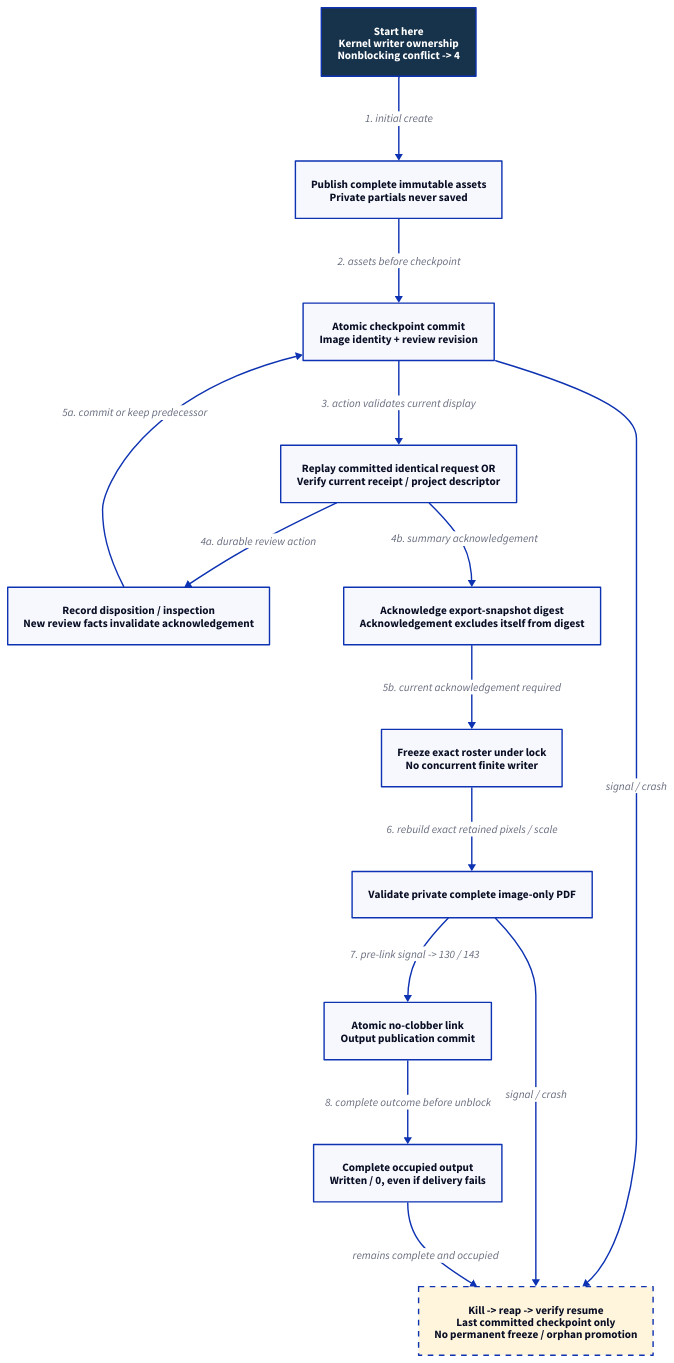
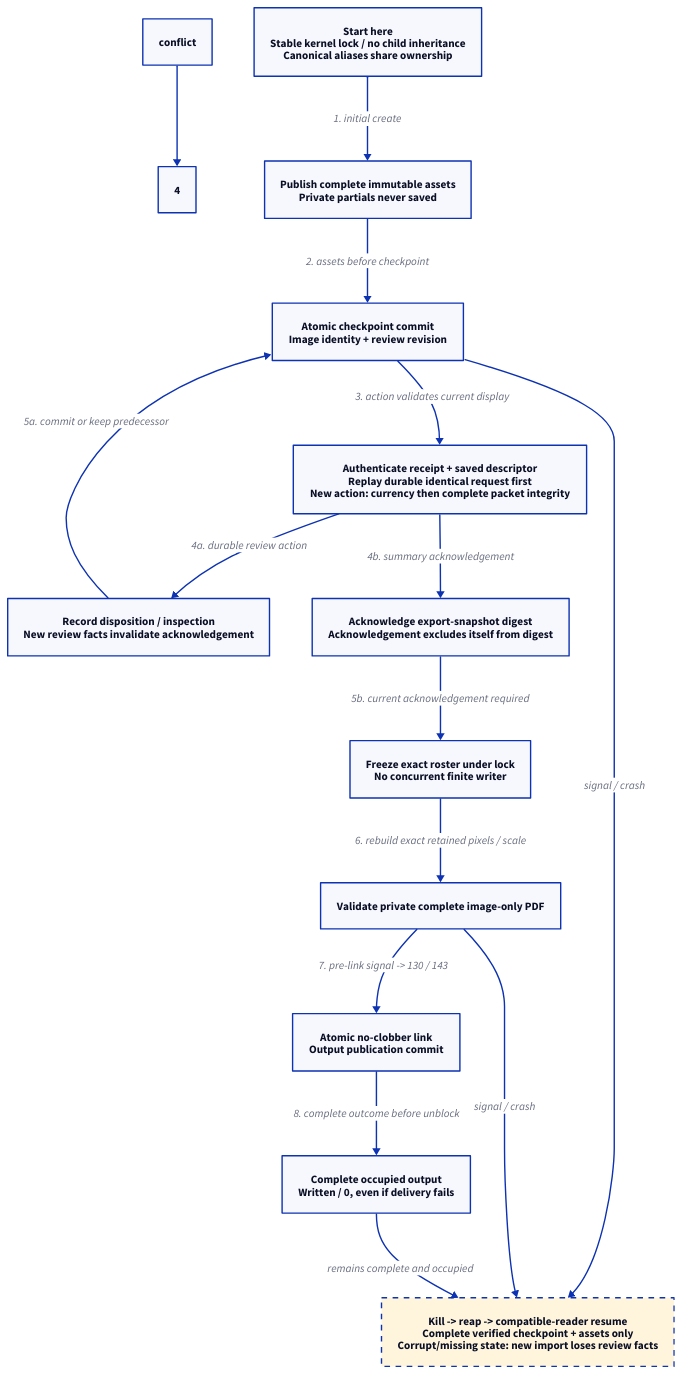
Before and after one commit to Linkuistics/BookScanBuilder: the diagram in docs/design/rotation-processor/baseline-checkpoints.d2, drawn with D2. The commit also changed 18 other files, not shown here.

```diff
--- a/docs/design/rotation-processor/baseline-checkpoints.d2
+++ b/docs/design/rotation-processor/baseline-checkpoints.d2
@@ -1,29 +1,29 @@
 direction: down
 classes: {
   start: {style: {fill: "#17334b"; font-color: white; bold: true}}
   error: {style: {fill: "#fff5dd"; stroke-dash: 4}}
 }
-lock: Start here\nKernel writer ownership\nNonblocking conflict -> 4 {class: start}
+lock: Start here\nStable kernel lock / no child inheritance\nCanonical aliases share ownership; conflict -> 4 {class: start}
 assets: Publish complete immutable assets\nPrivate partials never saved
 checkpoint: Atomic checkpoint commit\nImage identity + review revision
-receipt: Replay committed identical request OR\nVerify current receipt / project descriptor
+receipt: Authenticate receipt + saved descriptor\nReplay durable identical request first\nNew action: currency then complete packet integrity
 changed: Record disposition / inspection\nNew review facts invalidate acknowledgement
 ack: Acknowledge export-snapshot digest\nAcknowledgement excludes itself from digest
 freeze: Freeze exact roster under lock\nNo concurrent finite writer
 stage: Validate private complete image-only PDF
 publish_link: Atomic no-clobber link\nOutput publication commit
 published: Complete occupied output\nWritten / 0, even if delivery fails
-recovery: Kill -> reap -> verify resume\nLast committed checkpoint only\nNo permanent freeze / orphan promotion {class: error}
+recovery: Kill -> reap -> compatible-reader resume\nComplete verified checkpoint + assets only\nCorrupt/missing state: new import loses review facts {class: error}
 lock -> assets: "1. initial create"
 assets -> checkpoint: "2. assets before checkpoint"
 checkpoint -> receipt: "3. action validates current display"
 receipt -> changed: "4a. durable review action"
 changed -> checkpoint: "5a. commit or keep predecessor"
 receipt -> ack: "4b. summary acknowledgement"
 ack -> freeze: "5b. current acknowledgement required"
 freeze -> stage: "6. rebuild exact retained pixels / scale"
 stage -> publish_link: "7. pre-link signal -> 130 / 143"
 publish_link -> published: "8. complete outcome before unblock"
 checkpoint -> recovery: signal / crash
 stage -> recovery: signal / crash
 published -> recovery: remains complete and occupied
```
